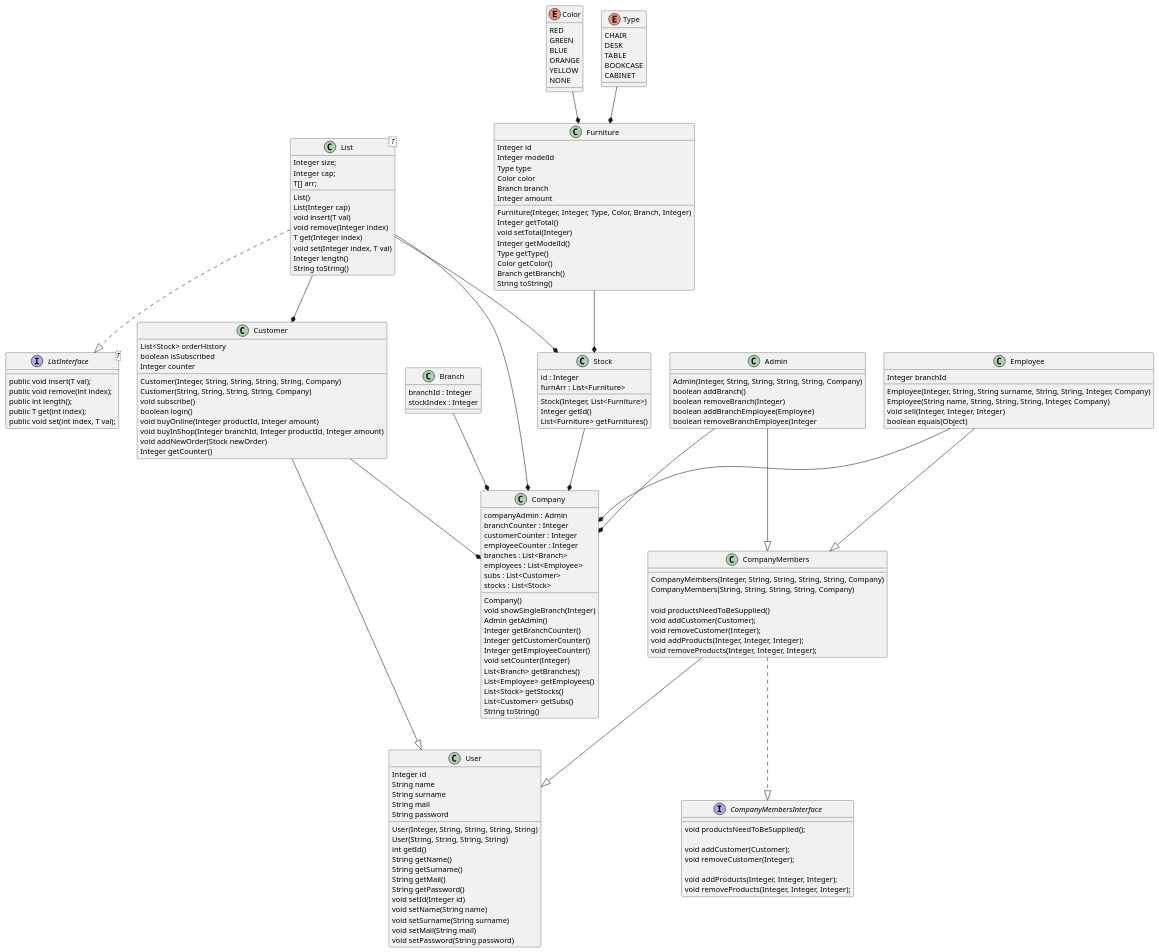
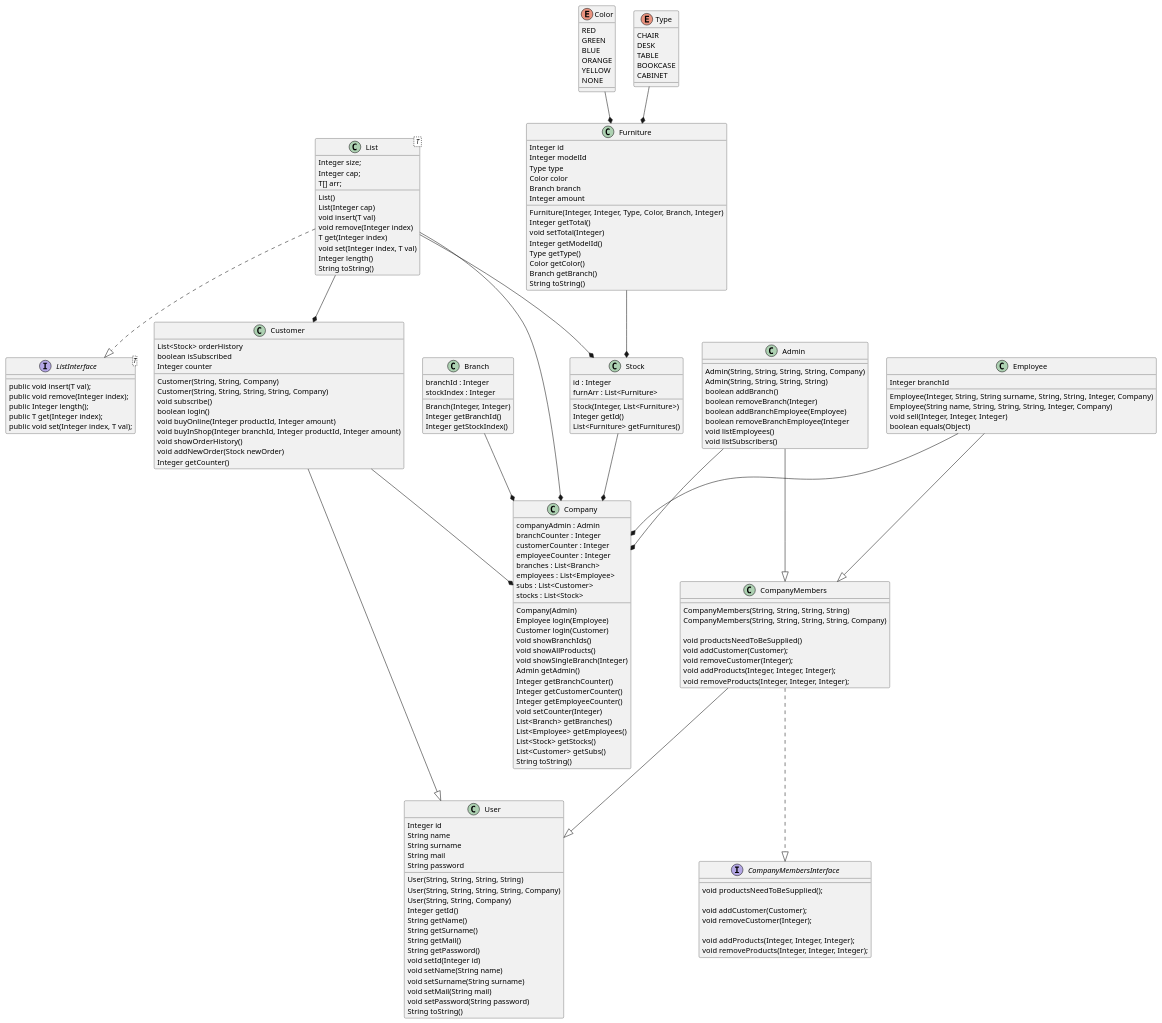
The diagram in classes.puml (barisayyildiz/Data-Structures-Homeworks), drawn with PlantUML before and after one commit. The commit also changed 2 other files, not shown here.

Commit message:
class diagramı çizildi

```diff
--- a/classes.puml
+++ b/classes.puml
@@ -11,7 +11,11 @@
 	subs : List<Customer>
 	stocks : List<Stock>
 
-	Company()
+	Company(Admin)
+	Employee login(Employee)
+	Customer login(Customer)
+	void showBranchIds()
+	void showAllProducts()
 	void showSingleBranch(Integer)
 	Admin getAdmin()
 	Integer getBranchCounter()
@@ -29,6 +33,10 @@
 {
 	branchId : Integer 
 	stockIndex : Integer
+
+	Branch(Integer, Integer)
+	Integer getBranchId()
+	Integer getStockIndex()
 }
 
 class Stock
@@ -42,26 +50,17 @@
 
 class Admin
 {
-	Admin(Integer, String, String, String, String, Company)
+	Admin(String, String, String, String, Company)
+	Admin(String, String, String, String)
 	boolean addBranch()
 	boolean removeBranch(Integer)
 	boolean addBranchEmployee(Employee)
 	boolean removeBranchEmployee(Integer
-	' void removeCustomer(Integer);
-	' void productsNeedToBeSupplied()
-	' void addCustomer(Customer)
-	' void addProducts(Integer, Integer, Integer)
-	' void removeProducts(Integer, Integer, Integer)
-
+	void listEmployees()
+	void listSubscribers()
 }
 
 interface CompanyMembersInterface {
-
-	' boolean addBranch();
-	' boolean removeBranch(Integer);
-
-	' boolean addBranchEmployee(Employee);
-	' boolean removeBranchEmployee(Integer);
 
 	void productsNeedToBeSupplied();
 
@@ -75,7 +74,7 @@
 
 class CompanyMembers
 {
-	CompanyMembers(Integer, String, String, String, String, Company)
+	CompanyMembers(String, String, String, String)
 	CompanyMembers(String, String, String, String, Company)
 	
 	void productsNeedToBeSupplied()
@@ -92,12 +91,13 @@
 	boolean isSubscribed
 	Integer counter
 
-	Customer(Integer, String, String, String, String, Company)
+	Customer(String, String, Company)
 	Customer(String, String, String, String, Company)
 	void subscribe()
 	boolean login()
 	void buyOnline(Integer productId, Integer amount)
 	void buyInShop(Integer branchId, Integer productId, Integer amount)
+	void showOrderHistory()
 	void addNewOrder(Stock newOrder)
 	Integer getCounter()
 
@@ -127,9 +127,10 @@
 	String mail
 	String password
 
-	User(Integer, String, String, String, String)
 	User(String, String, String, String)
-	int getId()
+	User(String, String, String, String, Company)
+	User(String, String, Company)
+	Integer getId()
 	String getName()
 	String getSurname()
 	String getMail()
@@ -139,6 +140,7 @@
 	void setSurname(String surname)
 	void setMail(String mail)
 	void setPassword(String password)
+	String toString()
 }
 
 enum Color
@@ -200,10 +202,10 @@
 interface ListInterface<T> {
 
 	public void insert(T val);
-	public void remove(int index);
-	public int length();
-	public T get(int index);
-	public void set(int index, T val);
+	public void remove(Integer index);
+	public Integer length();
+	public T get(Integer index);
+	public void set(Integer index, T val);
 	
 }
 
```
